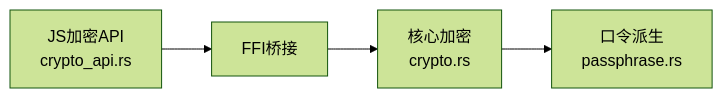
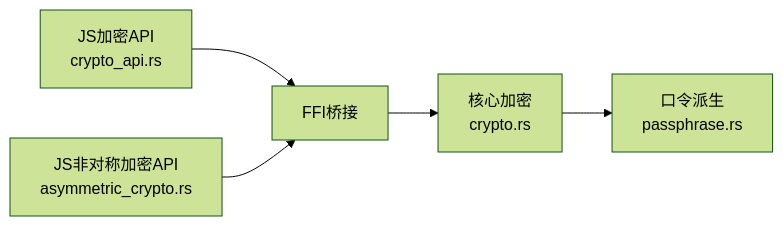
The seventh of 7 diagrams in .qoder/repowiki/zh/content/Rust核心库/JavaScript运行时/宿主API绑定/加密解密API.md (ZhangGHGitHub/LegadoTeamFlutter), drawn with Mermaid (forest theme) before and after one commit. The commit also changed other lines of this file and 173 other files, not shown here.

````diff
--- a/.qoder/repowiki/zh/content/Rust核心库/JavaScript运行时/宿主API绑定/加密解密API.md
+++ b/.qoder/repowiki/zh/content/Rust核心库/JavaScript运行时/宿主API绑定/加密解密API.md
@@ -226,6 +274,7 @@
 ```mermaid
 graph LR
 JS_API["JS加密API<br/>crypto_api.rs"] --> FFI["FFI桥接"]
+JS_ASYM["JS非对称加密API<br/>asymmetric_crypto.rs"] --> FFI
 FFI --> CORE["核心加密<br/>crypto.rs"]
 CORE --> KDF["口令派生<br/>passphrase.rs"]
 ```
````
